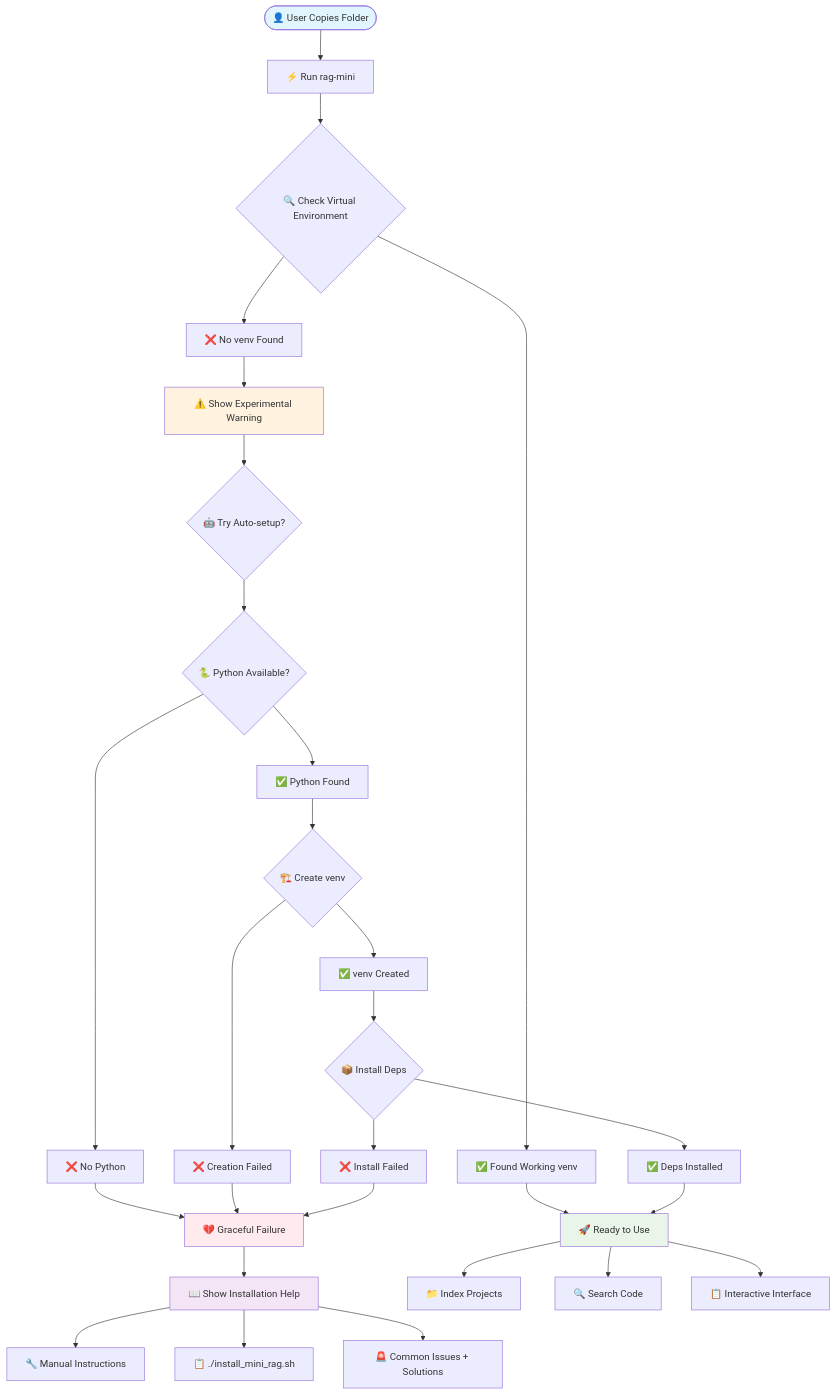
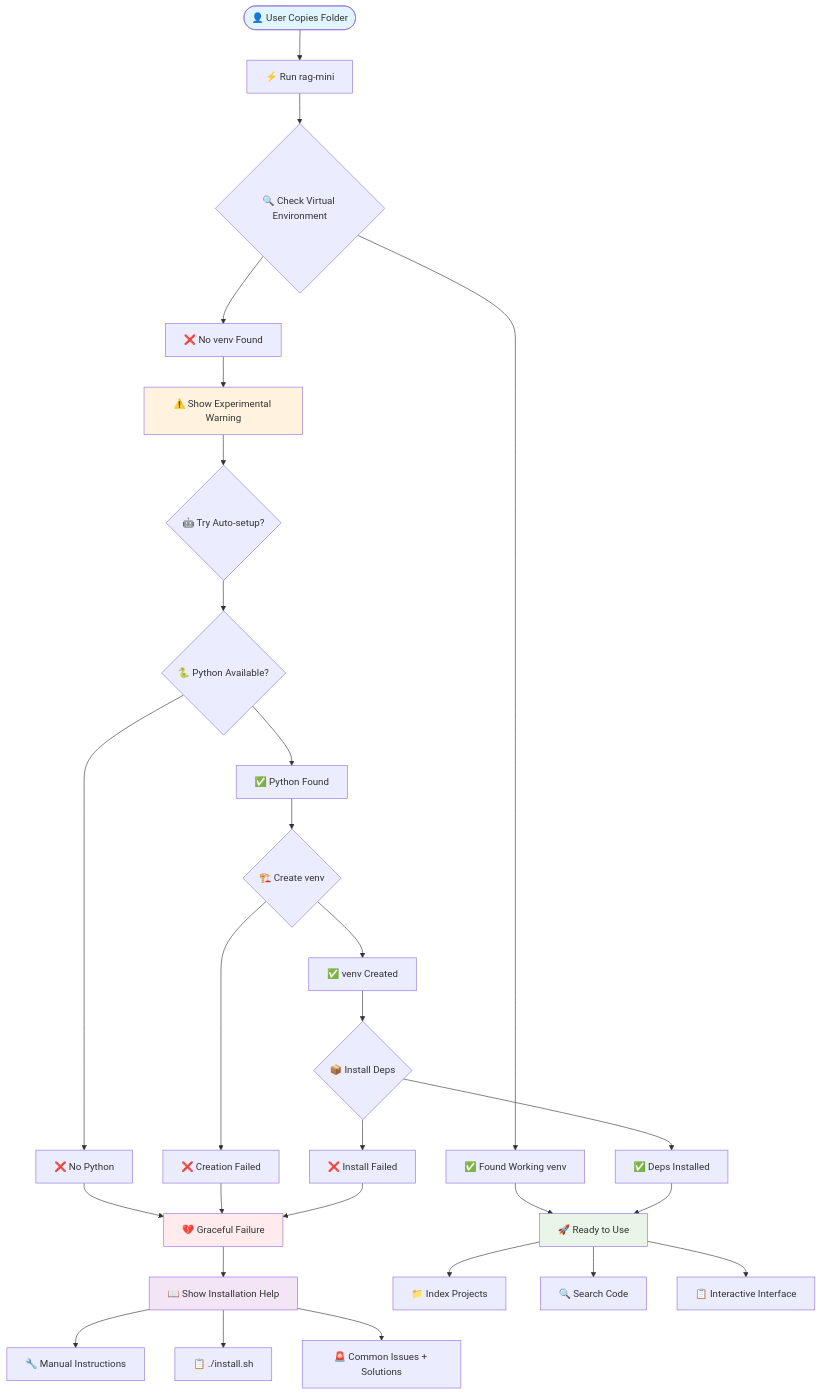
Before and after one commit to FSSCoding/Fss-Mini-Rag: the fifth of 9 diagrams in docs/DIAGRAMS.md, drawn with Mermaid. The commit also changed 7 other files, not shown here.

````diff
--- a/docs/DIAGRAMS.md
+++ b/docs/DIAGRAMS.md
@@ -185,38 +185,38 @@
 ```mermaid
 flowchart TD
     Start([👤 User Copies Folder]) --> Run[⚡ Run rag-mini]
     
     Run --> Check{🔍 Check Virtual Environment}
     Check --> Found[✅ Found Working venv] 
     Check --> Missing[❌ No venv Found]
     
     Found --> Ready[🚀 Ready to Use]
     
     Missing --> Warning[⚠️ Show Experimental Warning]
     Warning --> Auto{🤖 Try Auto-setup?}
     
     Auto --> Python{🐍 Python Available?}
     Python --> No[❌ No Python] --> Fail
     Python --> Yes[✅ Python Found] --> Create{🏗️ Create venv}
     
     Create --> Failed[❌ Creation Failed] --> Fail
     Create --> Success[✅ venv Created] --> Install{📦 Install Deps}
     
     Install --> InstallFail[❌ Install Failed] --> Fail
     Install --> InstallOK[✅ Deps Installed] --> Ready
     
     Fail[💔 Graceful Failure] --> Help[📖 Show Installation Help]
     Help --> Manual[🔧 Manual Instructions]
-    Help --> Installer[📋 ./install_mini_rag.sh]
+    Help --> Installer[📋 ./install.sh]
     Help --> Issues[🚨 Common Issues + Solutions]
     
     Ready --> Index[📁 Index Projects]
     Ready --> Search[🔍 Search Code]
     Ready --> TUI[📋 Interactive Interface]
     
     style Start fill:#e1f5fe
     style Ready fill:#e8f5e8
     style Warning fill:#fff3e0
     style Fail fill:#ffebee
     style Help fill:#f3e5f5
 ```
````
